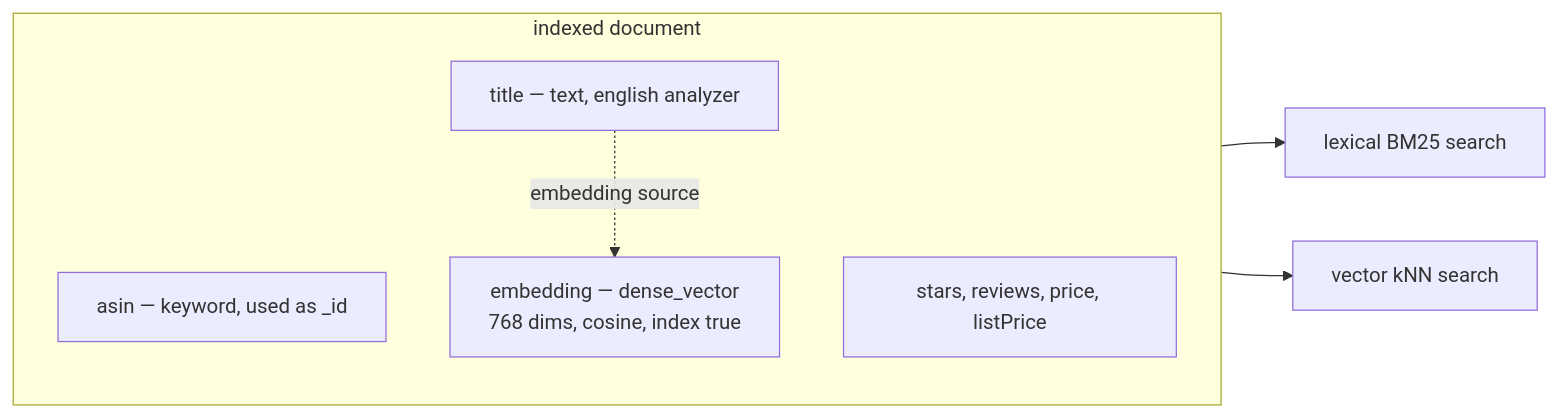
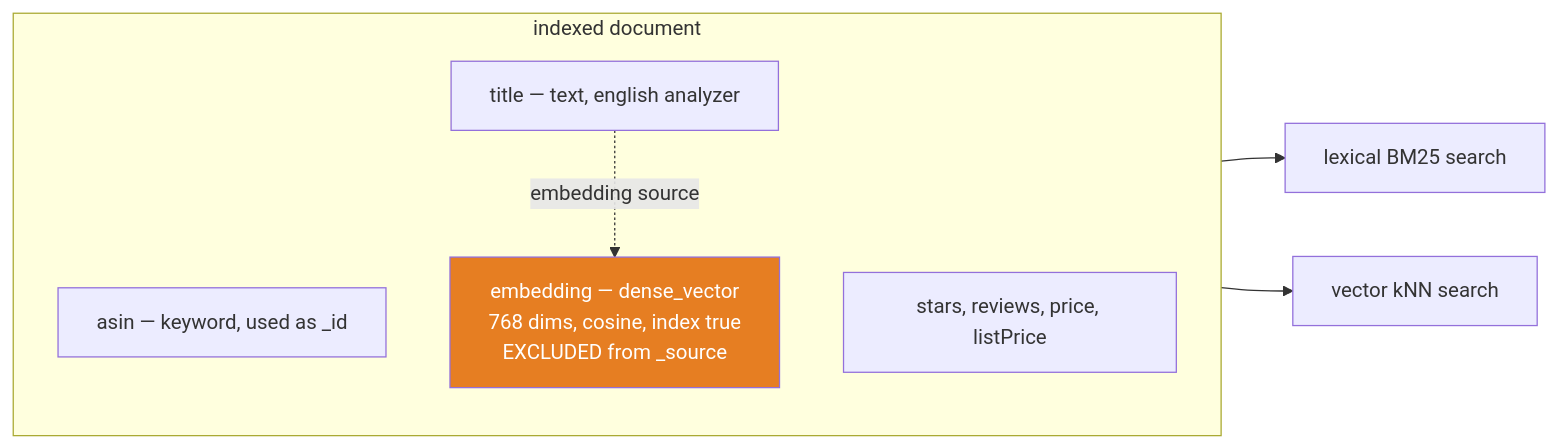
The sixth of 7 diagrams in article-02-vector-ingestion/ARCHITECTURE.md (Guillaume-Gozillon/search-lab-ingest), drawn with Mermaid before and after one commit. The commit also changed other lines of this file and 18 other files, not shown here.

````diff
--- a/article-02-vector-ingestion/ARCHITECTURE.md
+++ b/article-02-vector-ingestion/ARCHITECTURE.md
@@ -123,13 +171,15 @@
 ```mermaid
 flowchart LR
     subgraph DOC["indexed document"]
         direction TB
         K["asin — keyword, used as _id"]
         T["title — text, english analyzer"]
         N["stars, reviews, price, listPrice"]
-        E["embedding — dense_vector<br/>768 dims, cosine, index true"]
+        E["embedding — dense_vector<br/>768 dims, cosine, index true<br/>EXCLUDED from _source"]
     end
     T -.->|"embedding source"| E
     T --> BM25["lexical BM25 search"]
     E --> KNN["vector kNN search"]
+
+    style E fill:#e67e22,color:#fff
 ```
````
